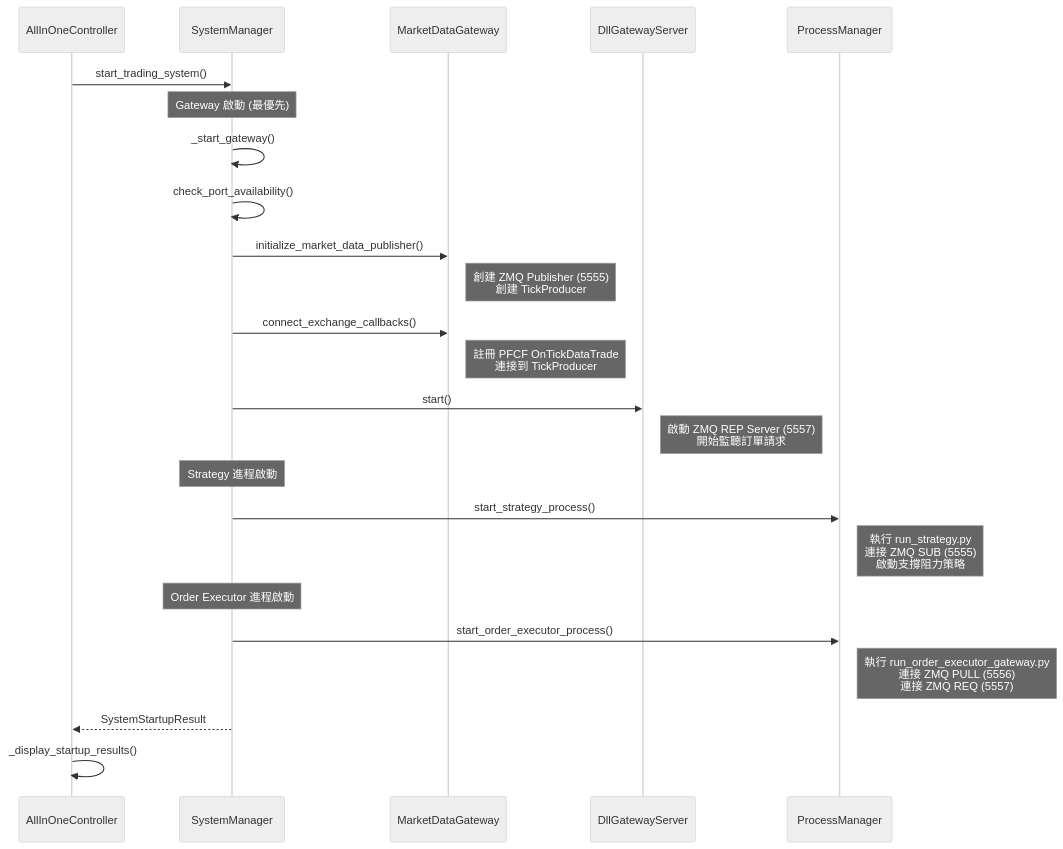
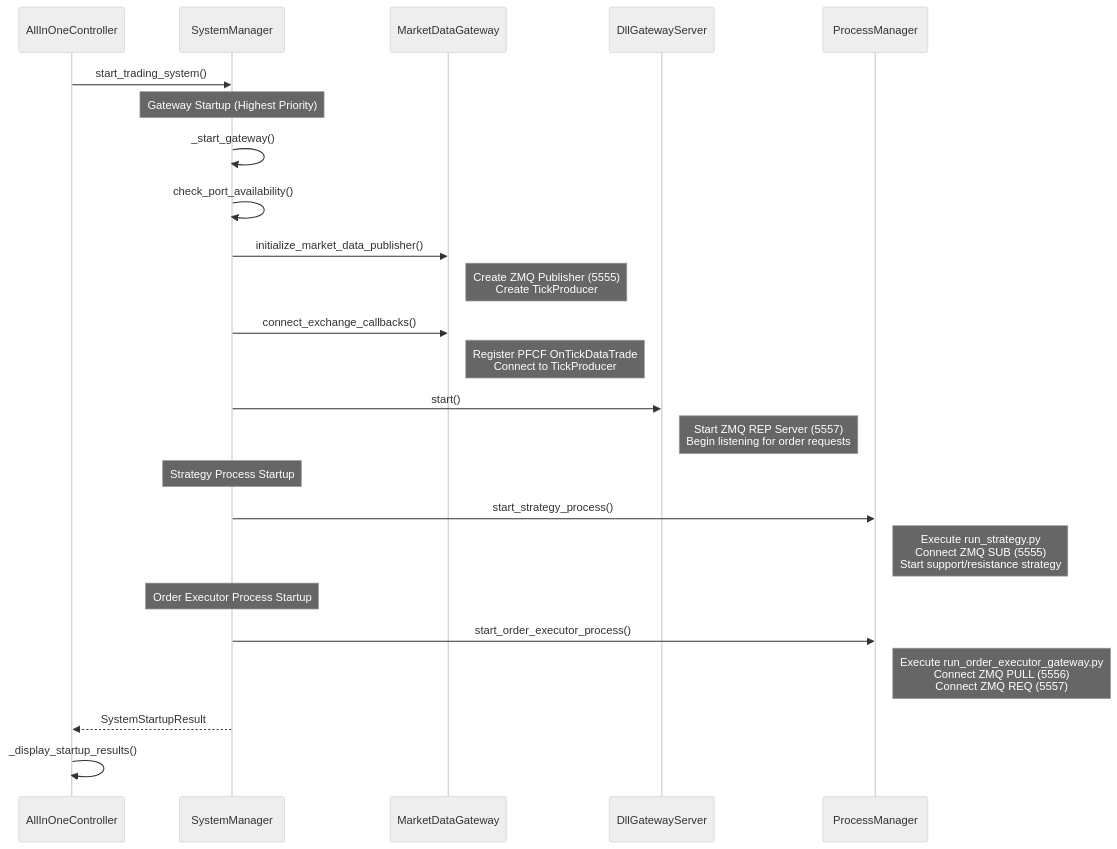
The second of 5 diagrams in docs/guides/ALLINONE_CONTROLLER_GUIDE.md (ttpss930141011/auto-futures-trading-machine), drawn with Mermaid (neutral theme) before and after one commit. The commit also changed other lines of this file and 5 other files, not shown here.

````diff
--- a/docs/guides/ALLINONE_CONTROLLER_GUIDE.md
+++ b/docs/guides/ALLINONE_CONTROLLER_GUIDE.md
@@ -42,31 +42,31 @@
 ```mermaid
 sequenceDiagram
     participant AC as AllInOneController
     participant SM as SystemManager
     participant MG as MarketDataGateway
     participant DG as DllGatewayServer
     participant PM as ProcessManager
     
     AC->>SM: start_trading_system()
     
-    Note over SM: Gateway 啟動 (最優先)
+    Note over SM: Gateway Startup (Highest Priority)
     SM->>SM: _start_gateway()
     SM->>SM: check_port_availability()
     SM->>MG: initialize_market_data_publisher()
-    Note right of MG: 創建 ZMQ Publisher (5555)<br/>創建 TickProducer
+    Note right of MG: Create ZMQ Publisher (5555)<br/>Create TickProducer
     SM->>MG: connect_exchange_callbacks()
-    Note right of MG: 註冊 PFCF OnTickDataTrade<br/>連接到 TickProducer
+    Note right of MG: Register PFCF OnTickDataTrade<br/>Connect to TickProducer
     SM->>DG: start()
-    Note right of DG: 啟動 ZMQ REP Server (5557)<br/>開始監聽訂單請求
+    Note right of DG: Start ZMQ REP Server (5557)<br/>Begin listening for order requests
     
-    Note over SM: Strategy 進程啟動
+    Note over SM: Strategy Process Startup
     SM->>PM: start_strategy_process()
-    Note right of PM: 執行 run_strategy.py<br/>連接 ZMQ SUB (5555)<br/>啟動支撐阻力策略
+    Note right of PM: Execute run_strategy.py<br/>Connect ZMQ SUB (5555)<br/>Start support/resistance strategy
     
-    Note over SM: Order Executor 進程啟動
+    Note over SM: Order Executor Process Startup
     SM->>PM: start_order_executor_process()
-    Note right of PM: 執行 run_order_executor_gateway.py<br/>連接 ZMQ PULL (5556)<br/>連接 ZMQ REQ (5557)
+    Note right of PM: Execute run_order_executor_gateway.py<br/>Connect ZMQ PULL (5556)<br/>Connect ZMQ REQ (5557)
     
     SM-->>AC: SystemStartupResult
     AC->>AC: _display_startup_results()
 ```
````
